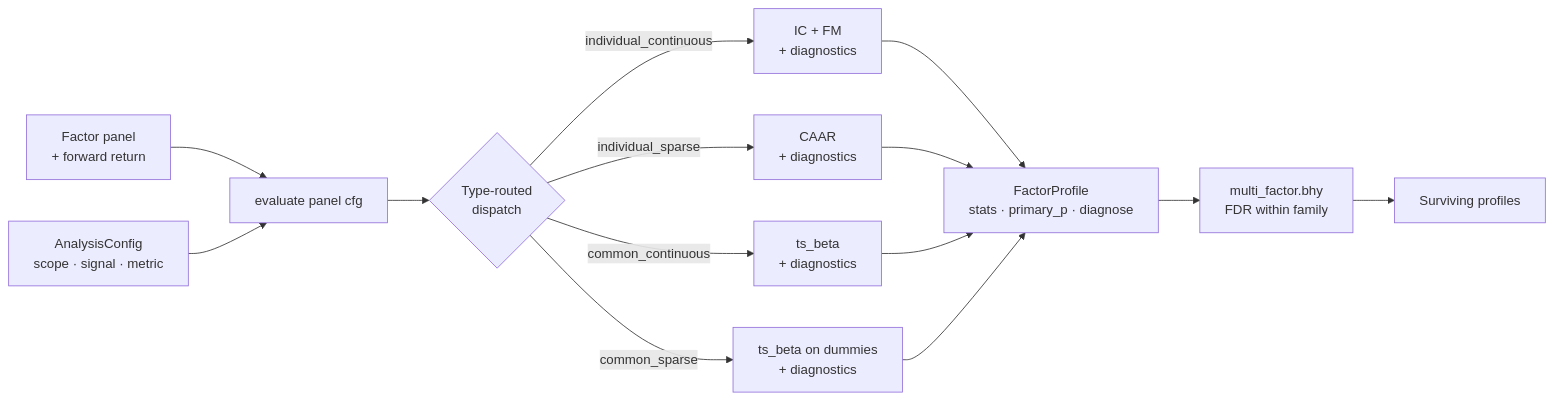
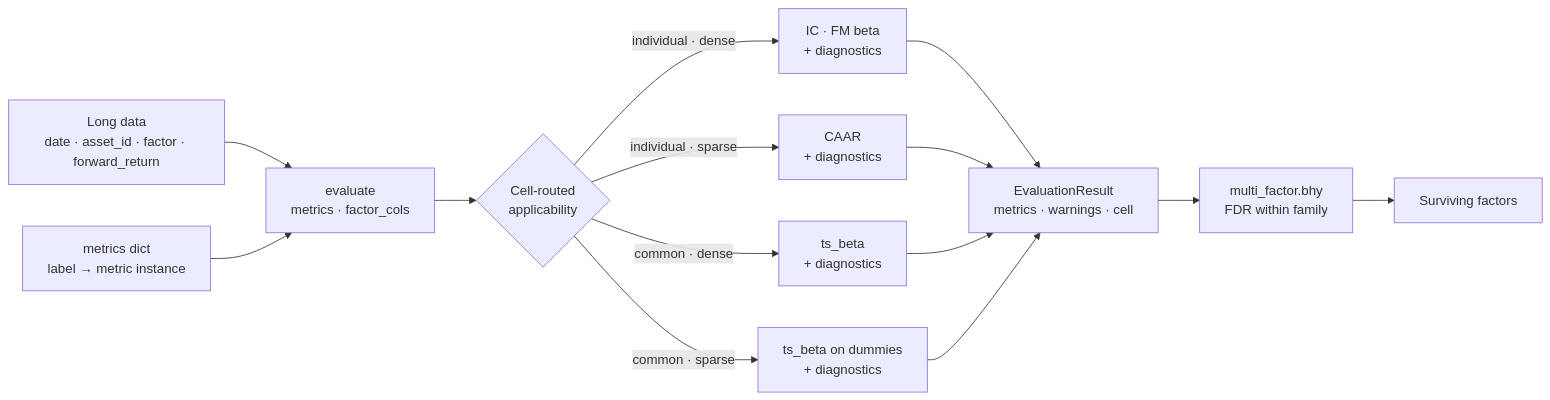
One commit to awwesomeman/factrix changed the second of 3 diagrams in docs/where-factrix-fits.md. Above: the diagram before and after it, drawn with Mermaid. The commit also changed other lines of this file and 9 other files, not shown here.

````diff
--- a/docs/where-factrix-fits.md
+++ b/docs/where-factrix-fits.md
@@ -72,16 +78,16 @@
 ```mermaid
 flowchart LR
-    PANEL[Factor panel<br/>+ forward return] --> EVAL[evaluate panel cfg]
-    CFG[AnalysisConfig<br/>scope · signal · metric] --> EVAL
-    EVAL --> DISP{Type-routed<br/>dispatch}
-    DISP -->|individual_continuous| CS[IC + FM<br/>+ diagnostics]
-    DISP -->|individual_sparse| EV[CAAR<br/>+ diagnostics]
-    DISP -->|common_continuous| CO[ts_beta<br/>+ diagnostics]
-    DISP -->|common_sparse| DUM[ts_beta on dummies<br/>+ diagnostics]
-    CS --> PROF[FactorProfile<br/>stats · primary_p · diagnose]
-    EV --> PROF
-    CO --> PROF
-    DUM --> PROF
-    PROF --> BHY[multi_factor.bhy<br/>FDR within family]
-    BHY --> SURV[Surviving profiles]
+    DATA[Long data<br/>date · asset_id · factor · forward_return] --> EVAL[evaluate<br/>metrics · factor_cols]
+    METRICS[metrics dict<br/>label → metric instance] --> EVAL
+    EVAL --> DISP{Cell-routed<br/>applicability}
+    DISP -->|individual · dense| CS[IC · FM beta<br/>+ diagnostics]
+    DISP -->|individual · sparse| EV[CAAR<br/>+ diagnostics]
+    DISP -->|common · dense| CO[ts_beta<br/>+ diagnostics]
+    DISP -->|common · sparse| DUM[ts_beta on dummies<br/>+ diagnostics]
+    CS --> RES[EvaluationResult<br/>metrics · warnings · cell]
+    EV --> RES
+    CO --> RES
+    DUM --> RES
+    RES --> BHY[multi_factor.bhy<br/>FDR within family]
+    BHY --> SURV[Surviving factors]
 ```
````
